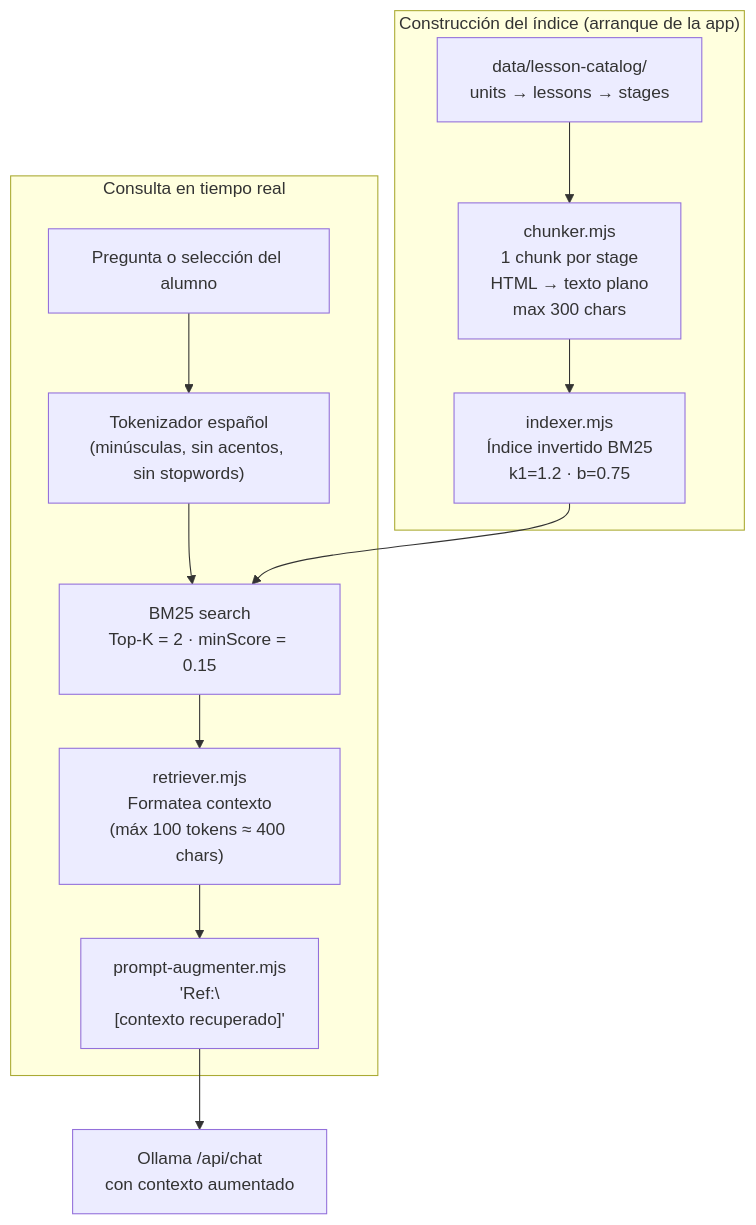
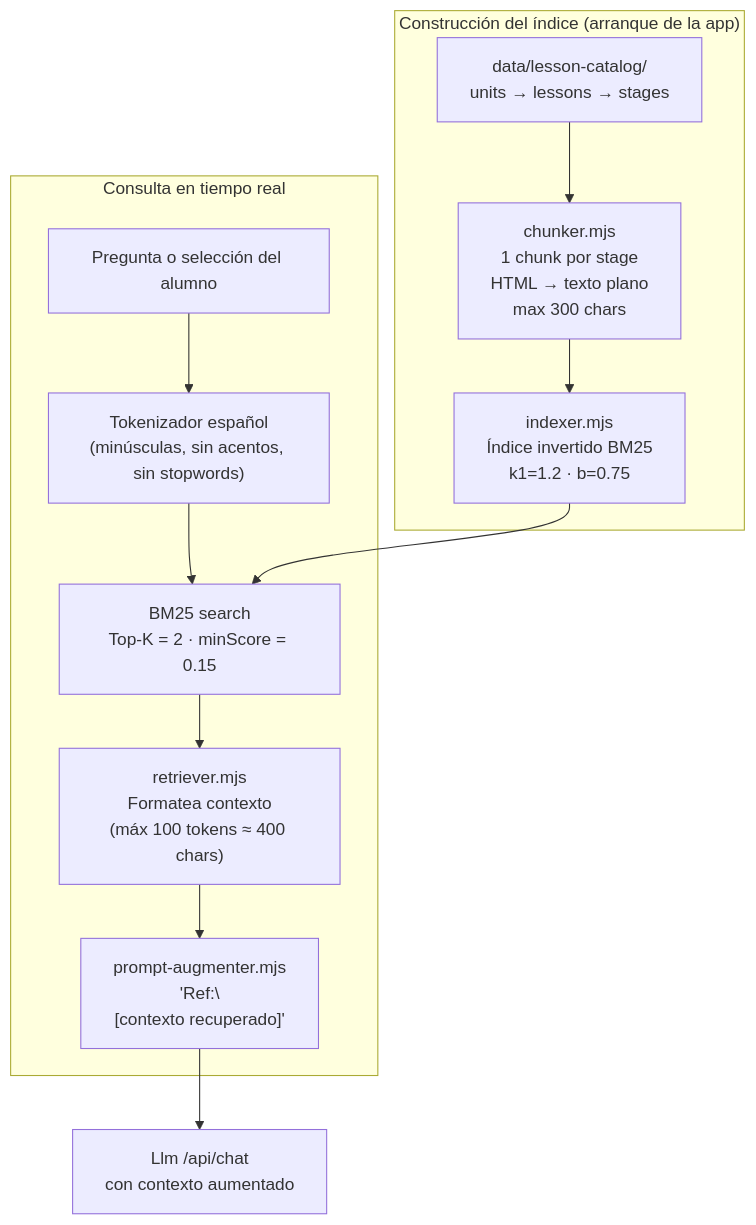
Diagram 16 of 25 in README.md (davidalejandro04/MiCuadernoApp), drawn with Mermaid before and after one commit. The commit also changed other lines of this file and 22 other files, not shown here.

First line of the commit message:
Add agent docs and rename Ollama → Llm

````diff
--- a/README.md
+++ b/README.md
@@ -484,23 +484,23 @@
 ```mermaid
 graph TD
     subgraph BUILD["Construcción del índice (arranque de la app)"]
         CATALOG2["data/lesson-catalog/\nunits → lessons → stages"]
         CHUNKER["chunker.mjs\n1 chunk por stage\nHTML → texto plano\nmax 300 chars"]
         INDEXER["indexer.mjs\nÍndice invertido BM25\nk1=1.2 · b=0.75"]
         CATALOG2 --> CHUNKER --> INDEXER
     end
 
     subgraph QUERY["Consulta en tiempo real"]
         Q4["Pregunta o selección del alumno"]
         TOKENIZE["Tokenizador español\n(minúsculas, sin acentos, sin stopwords)"]
         BM25_S["BM25 search\nTop-K = 2 · minScore = 0.15"]
         RETRIEVER["retriever.mjs\nFormatea contexto\n(máx 100 tokens ≈ 400 chars)"]
         AUGMENT["prompt-augmenter.mjs\n'Ref:\\n[contexto recuperado]'"]
 
         Q4 --> TOKENIZE --> BM25_S
         INDEXER --> BM25_S
         BM25_S --> RETRIEVER --> AUGMENT
     end
 
-    AUGMENT --> OLLAMA3["Ollama /api/chat\ncon contexto aumentado"]
+    AUGMENT --> OLLAMA3["Llm /api/chat\ncon contexto aumentado"]
 ```
````
